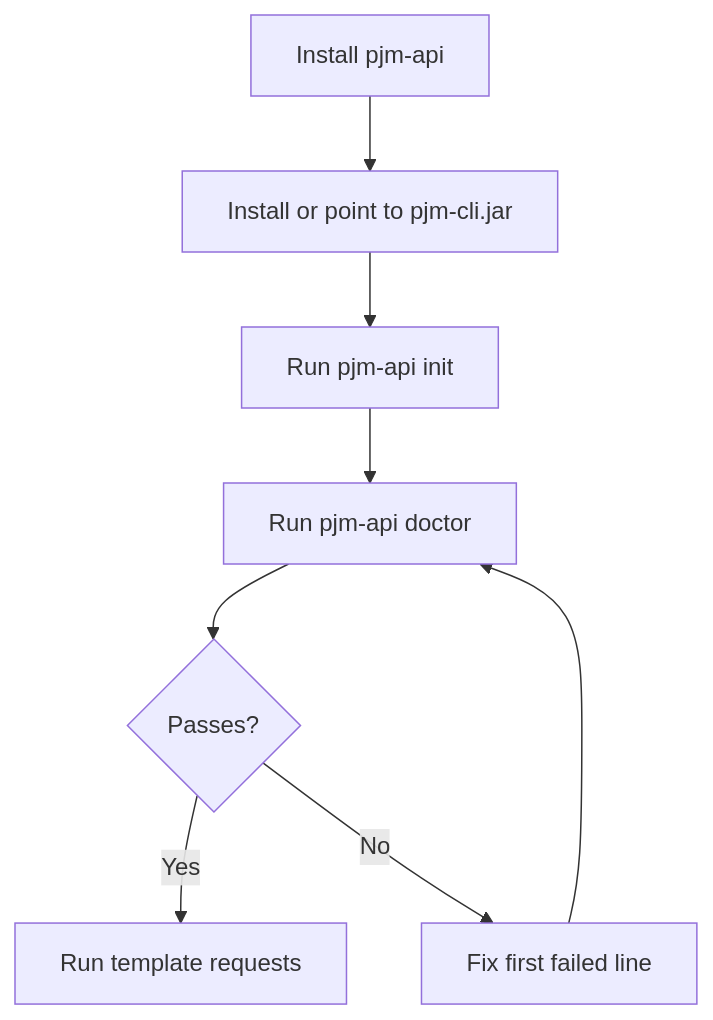
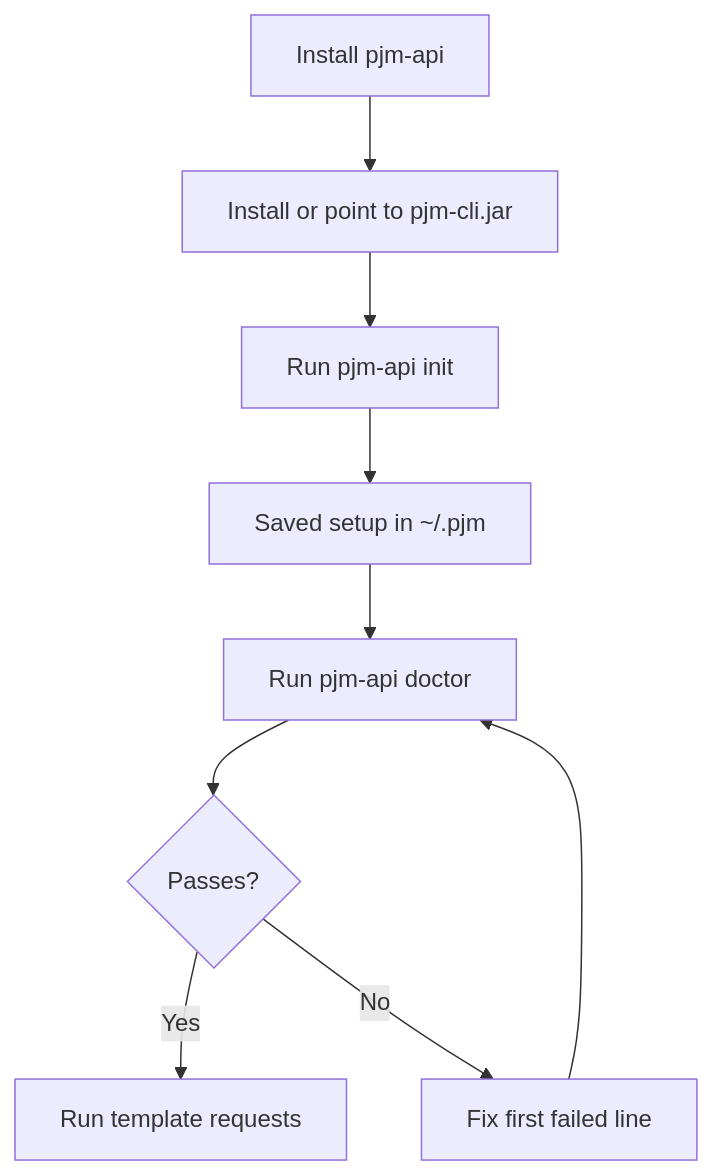
The first of 3 diagrams in README.md (willschenk/pjm-api), drawn with Mermaid before and after one commit. The commit also changed other lines of this file and 4 other files, not shown here.

````diff
--- a/README.md
+++ b/README.md
@@ -90,10 +96,11 @@
 ```mermaid
 flowchart TD
     A[Install pjm-api] --> B[Install or point to pjm-cli.jar]
     B --> C[Run pjm-api init]
-    C --> D[Run pjm-api doctor]
+    C --> P[Saved setup in ~/.pjm]
+    P --> D[Run pjm-api doctor]
     D --> E{Passes?}
     E -->|Yes| F[Run template requests]
     E -->|No| G[Fix first failed line]
     G --> D
 ```
````
